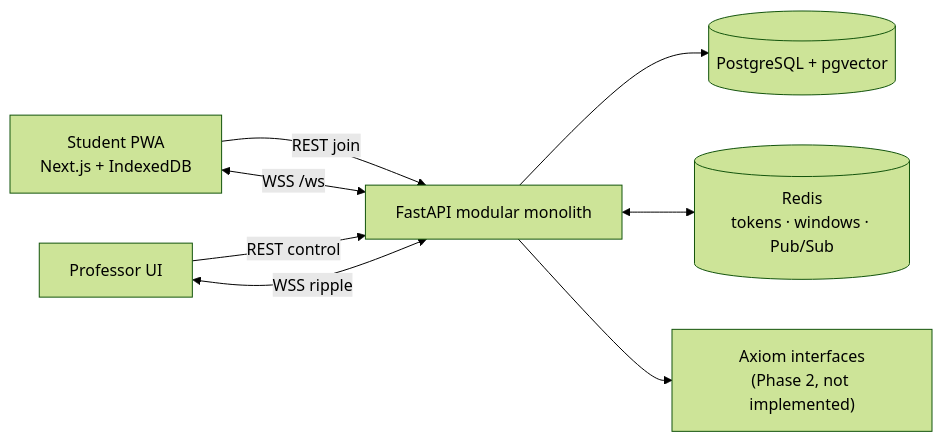
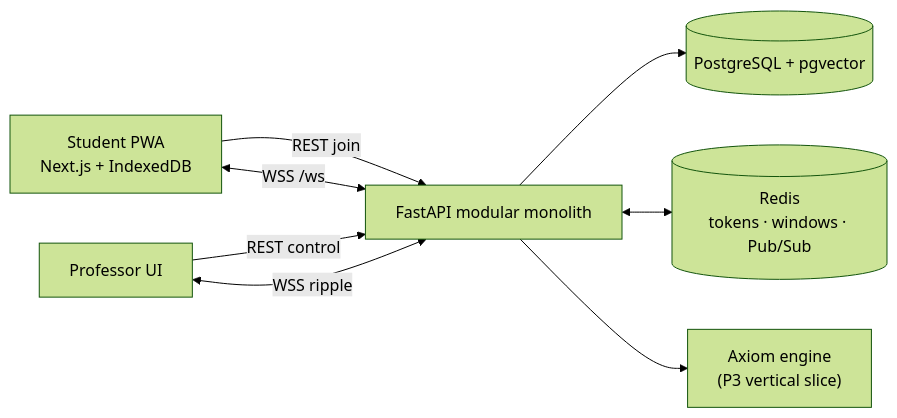
Before and after one commit to Nurzhigittt/project-darisai: the diagram in README.md, drawn with Mermaid (forest theme). The commit also changed other lines of this file and 33 other files, not shown here.

````diff
--- a/README.md
+++ b/README.md
@@ -140,10 +140,10 @@
 ```mermaid
 flowchart LR
   Student["Student PWA<br/>Next.js + IndexedDB"] -->|REST join| API["FastAPI modular monolith"]
   Student <-->|WSS /ws| API
   Professor["Professor UI"] -->|REST control| API
   Professor <-->|WSS ripple| API
   API --> PG[("PostgreSQL + pgvector")]
   API <--> Redis[("Redis<br/>tokens · windows · Pub/Sub")]
-  API --> Axiom["Axiom interfaces<br/>(Phase 2, not implemented)"]
+  API --> Axiom["Axiom engine<br/>(P3 vertical slice)"]
 ```
````
